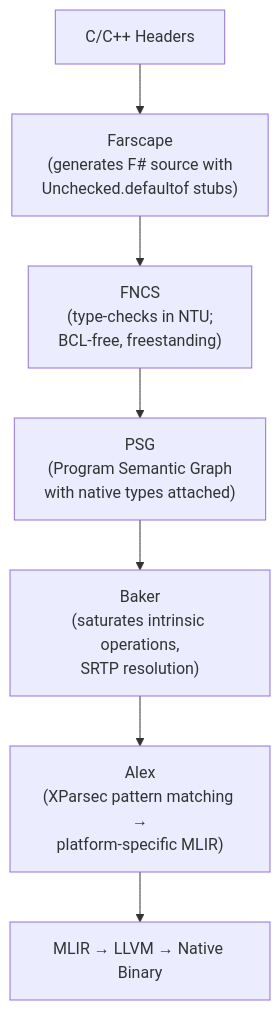
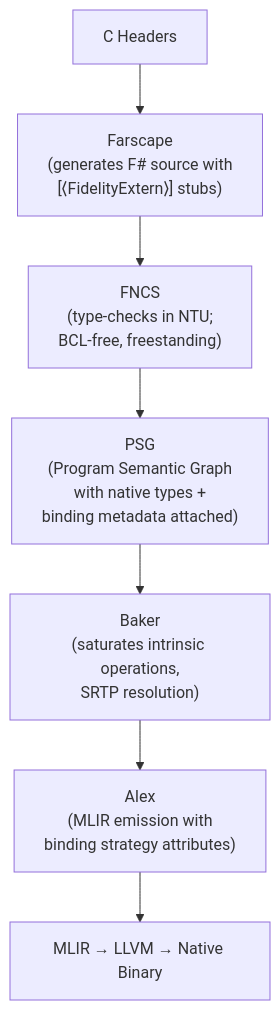
Before and after one commit to FidelityFramework/Farscape: the diagram in docs/03_fsnative_Integration.md, drawn with Mermaid. The commit also changed other lines of this file and 10 other files, not shown here.

Commit message:
corrected docs/roadmap

````diff
--- a/docs/03_fsnative_Integration.md
+++ b/docs/03_fsnative_Integration.md
@@ -7,9 +7,9 @@
 ```mermaid
 flowchart TD
-    A["C/C++ Headers"] --> B["Farscape<br/>(generates F# source with<br/>Unchecked.defaultof stubs)"]
+    A["C Headers"] --> B["Farscape<br/>(generates F# source with<br/>[⟨FidelityExtern⟩] stubs)"]
     B --> C["FNCS<br/>(type-checks in NTU;<br/>BCL-free, freestanding)"]
-    C --> D["PSG<br/>(Program Semantic Graph<br/>with native types attached)"]
+    C --> D["PSG<br/>(Program Semantic Graph<br/>with native types +<br/>binding metadata attached)"]
     D --> E["Baker<br/>(saturates intrinsic operations,<br/>SRTP resolution)"]
-    E --> F["Alex<br/>(XParsec pattern matching →<br/>platform-specific MLIR)"]
+    E --> F["Alex<br/>(MLIR emission with<br/>binding strategy attributes)"]
     F --> G["MLIR → LLVM → Native Binary"]
 ```
````
